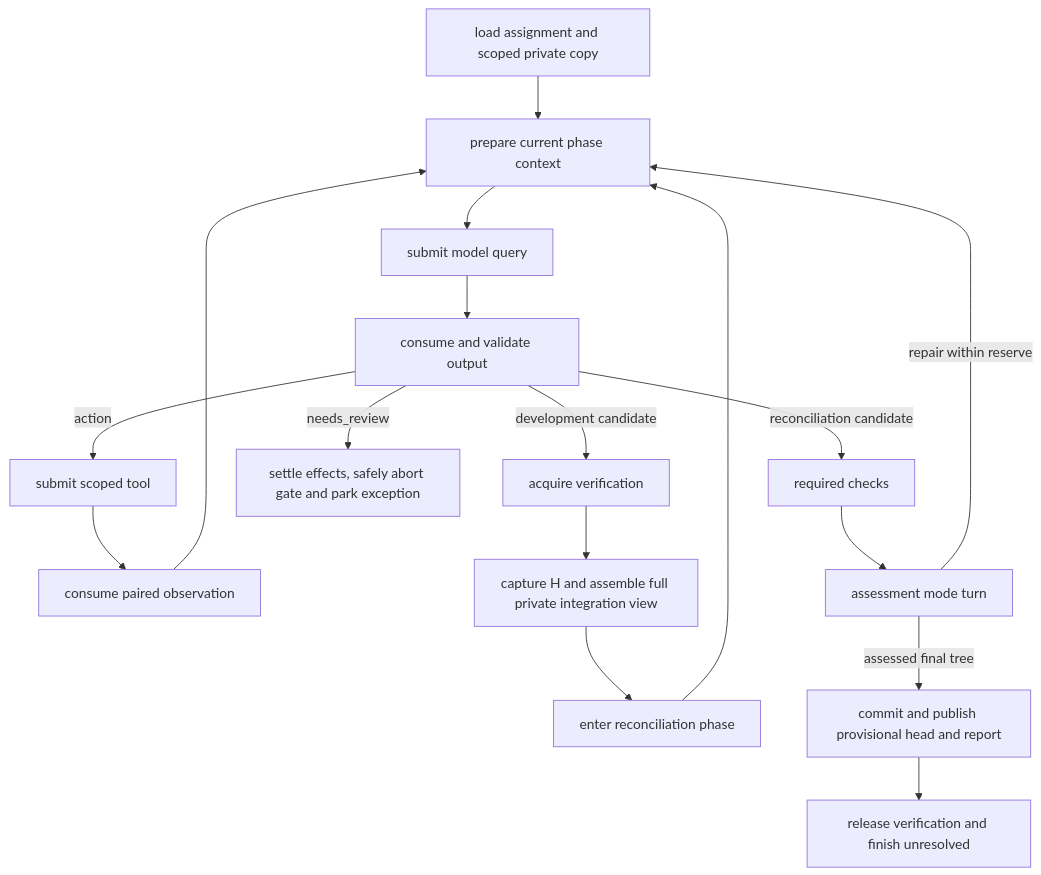
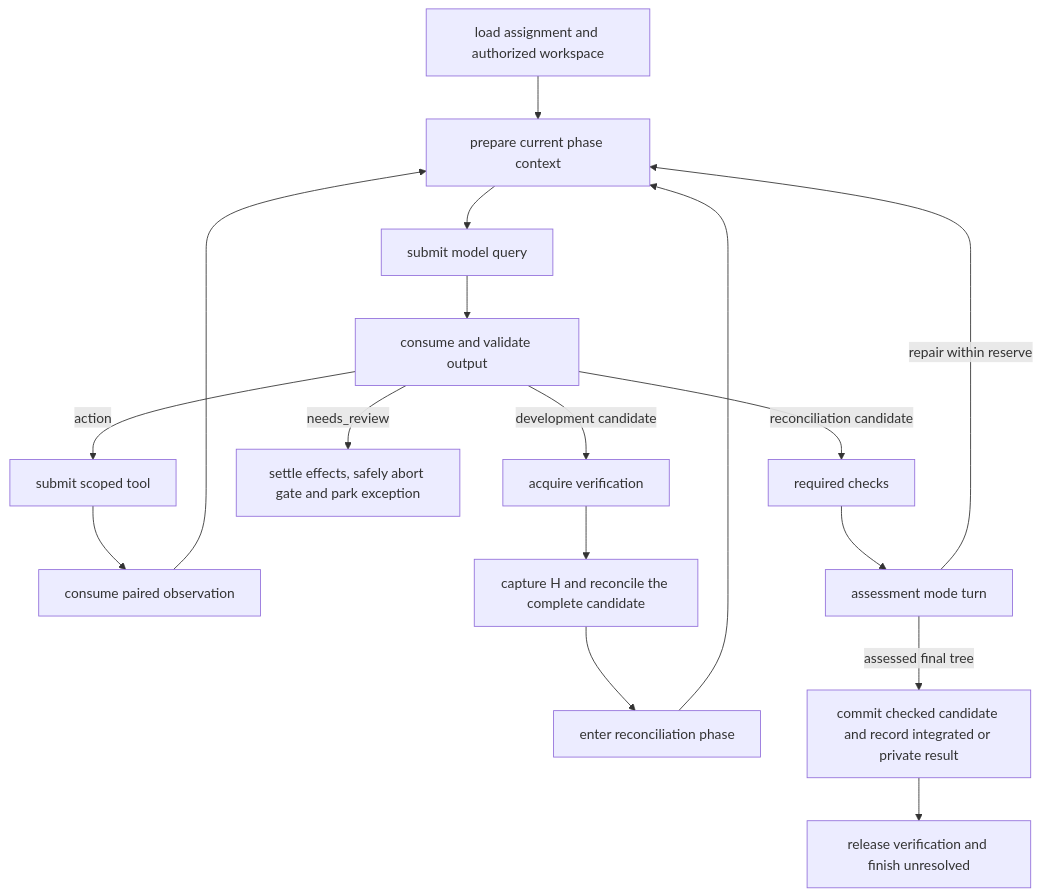
Before and after one commit to demonking-mw/polyinference: the third of 3 diagrams in design-docs/langgraph-agent/README.md, drawn with Mermaid. The commit also changed other lines of this file and 189 other files, not shown here.

````diff
--- a/design-docs/langgraph-agent/README.md
+++ b/design-docs/langgraph-agent/README.md
@@ -138,19 +185,19 @@
 ```mermaid
 flowchart TD
-    L[load assignment and scoped private copy] --> P[prepare current phase context]
+    L[load assignment and authorized workspace] --> P[prepare current phase context]
     P --> M[submit model query]
     M --> N[consume and validate output]
     N -->|action| T[submit scoped tool]
     T --> O[consume paired observation]
     O --> P
     N -->|development candidate| G[acquire verification]
     N -->|needs_review| J[settle effects, safely abort gate and park exception]
-    G --> H[capture H and assemble full private integration view]
+    G --> H[capture H and reconcile the complete candidate]
     H --> K[enter reconciliation phase]
     K --> P
     N -->|reconciliation candidate| X[required checks]
     X --> Y[assessment mode turn]
     Y -->|repair within reserve| P
-    Y -->|assessed final tree| C[commit and publish provisional head and report]
+    Y -->|assessed final tree| C[commit checked candidate and record integrated or private result]
     C --> Z[release verification and finish unresolved]
 ```
````
